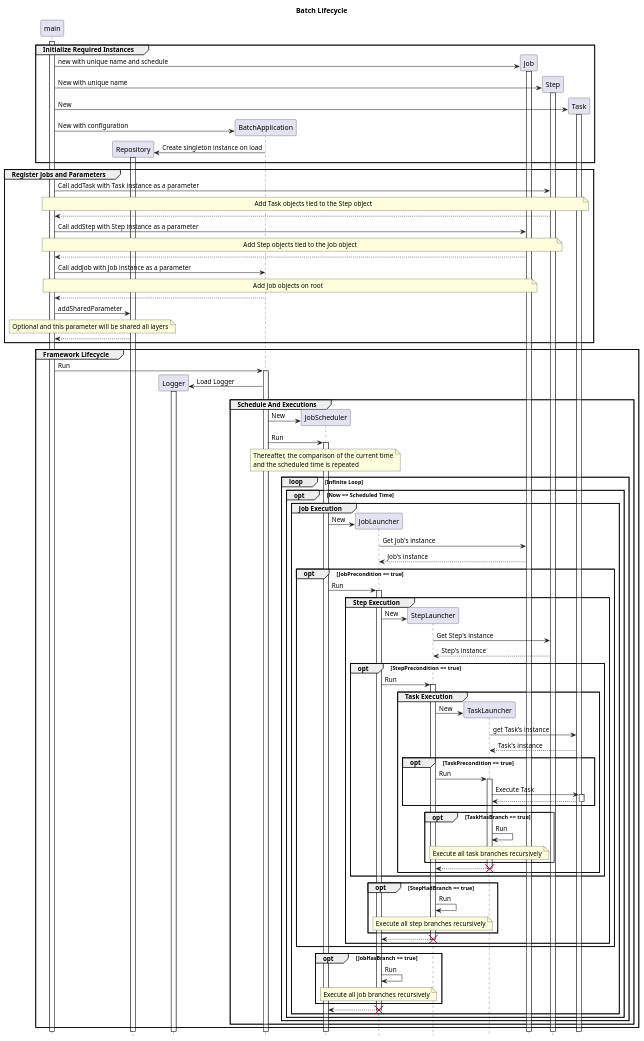
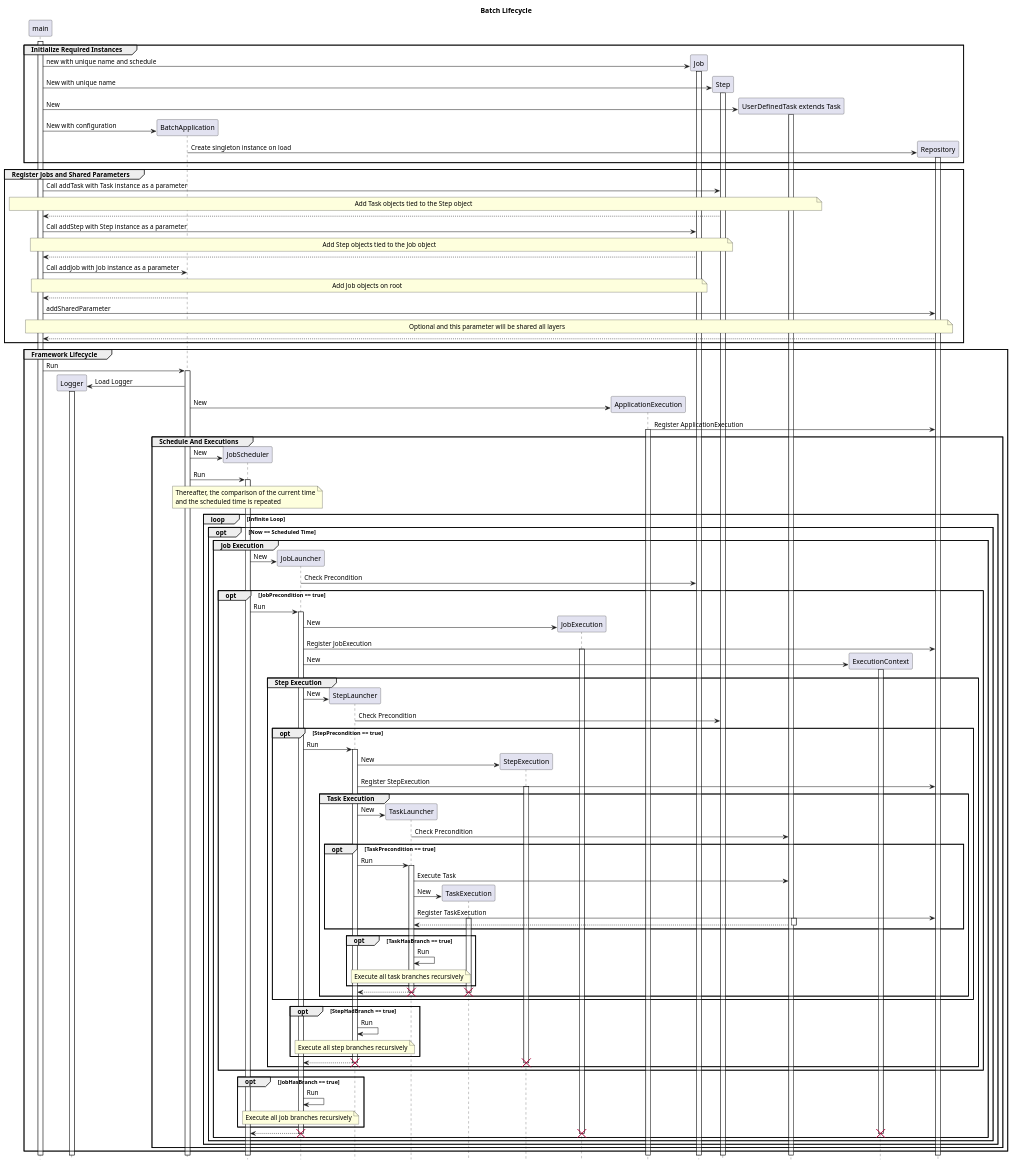
The diagram in design/sequence.pu (runchise/batch.dart), drawn with PlantUML before and after one commit.

```diff
--- a/design/sequence.pu
+++ b/design/sequence.pu
@@ -1,148 +1,183 @@
 @startuml Batch Lifecycle
 title Batch Lifecycle
 
 hide footbox
 participant main
-participant Repository
 participant Logger
 participant BatchApplication
 participant JobScheduler
 participant JobLauncher
 participant StepLauncher
 participant TaskLauncher
+participant TaskExecution
+participant StepExecution
+participant JobExecution
+participant ApplicationExecution
 participant Job
 participant Step
-participant Task
+participant "UserDefinedTask extends Task" as Task
+participant ExecutionContext
+participant Repository
 
 activate main
 
 group Initialize Required Instances
     create Job
     main -> Job: new with unique name and schedule
     activate Job
     create Step
     main -> Step: New with unique name
     activate Step
 
     create Task
     main -> Task: New
     activate Task
 
     create BatchApplication
     main -> BatchApplication: New with configuration
 
     create Repository
     BatchApplication -> Repository: Create singleton instance on load
     activate Repository
 end
 
-group Register Jobs and Parameters
+group Register Jobs and Shared Parameters
     main -> Step: Call addTask with Task instance as a parameter
     note over main, Task: Add Task objects tied to the Step object
     main <-- Step
 
     main -> Job: Call addStep with Step instance as a parameter
     note over main, Step: Add Step objects tied to the Job object
     main <-- Job
 
     main -> BatchApplication: Call addJob with Job instance as a parameter
     note over main, Job: Add Job objects on root
     main <-- BatchApplication
 
     main -> Repository: addSharedParameter
     note over main, Repository: Optional and this parameter will be shared all layers
     main <-- Repository
 end
 
 group Framework Lifecycle
     main -> BatchApplication: Run
     activate BatchApplication
 
     create Logger
     BatchApplication -> Logger: Load Logger
     activate Logger
 
+    create ApplicationExecution
+    BatchApplication -> ApplicationExecution: New
+    ApplicationExecution -> Repository: Register ApplicationExecution
+    activate ApplicationExecution
+
     group Schedule And Executions
         create JobScheduler
         BatchApplication -> JobScheduler: New
         BatchApplication -> JobScheduler: Run
         activate JobScheduler
 
         note over JobScheduler
             Thereafter, the comparison of the current time
             and the scheduled time is repeated
         end note
 
         loop Infinite Loop
             opt Now == Scheduled Time
                 group Job Execution
                     create JobLauncher
                     JobScheduler -> JobLauncher: New
-                    JobLauncher -> Job: Get Job's instance
-                    JobLauncher <-- Job: Job's instance
+                    JobLauncher -> Job: Check Precondition
 
                     opt JobPrecondition == true
                         JobScheduler -> JobLauncher: Run
+                        activate JobLauncher
 
-                        activate JobLauncher
+                        create JobExecution
+                        JobLauncher -> JobExecution: New
+                        JobLauncher -> Repository: Register JobExecution
+                        activate JobExecution
+
+                        create ExecutionContext
+                        JobLauncher -> ExecutionContext: New
+                        activate ExecutionContext
 
                         group Step Execution
                             create StepLauncher
                             JobLauncher -> StepLauncher: New
-                            StepLauncher -> Step: Get Step's instance
-                            StepLauncher <-- Step: Step's instance
+                            StepLauncher -> Step: Check Precondition
 
                             opt StepPrecondition == true
                                 JobLauncher -> StepLauncher: Run
                                 activate StepLauncher
 
+                                create StepExecution
+                                StepLauncher -> StepExecution: New
+                                StepLauncher -> Repository: Register StepExecution
+                                activate StepExecution
+
                                 group Task Execution
                                     create TaskLauncher
                                     StepLauncher -> TaskLauncher: New
-                                    TaskLauncher -> Task: get Task's instance
-                                    TaskLauncher <-- Task: Task's instance
+                                    TaskLauncher -> Task: Check Precondition
 
                                     opt TaskPrecondition == true
                                         StepLauncher -> TaskLauncher: Run
                                         activate TaskLauncher
                                         TaskLauncher -> Task: Execute Task
+
+                                        create TaskExecution
+                                        TaskLauncher -> TaskExecution: New
+                                        TaskLauncher -> Repository: Register TaskExecution
+                                        activate TaskExecution
+
                                         activate Task
                                         TaskLauncher <-- Task
                                         deactivate Task
                                     end
 
                                     opt TaskHasBranch == true
                                         TaskLauncher -> TaskLauncher: Run
                                         note over TaskLauncher: Execute all task branches recursively
                                     end
-                                                                                                        StepLauncher <-- TaskLauncher
+
+                                    StepLauncher <-- TaskLauncher
+                                    deactivate TaskExecution
+                                    destroy TaskExecution
                                     deactivate TaskLauncher
                                     destroy TaskLauncher
                                 end
                             end
 
                             opt StepHadBranch == true
                                 StepLauncher -> StepLauncher: Run
                                 note over StepLauncher: Execute all step branches recursively
                             end
 
                             JobLauncher <-- StepLauncher
+                            deactivate StepExecution
+                            destroy StepExecution
                             deactivate StepLauncher
                             destroy StepLauncher
                         end
                     end
 
                     opt JobHasBranch == true
                         JobLauncher -> JobLauncher: Run
                         note over JobLauncher: Execute all job branches recursively
                     end
 
                     JobScheduler <-- JobLauncher
+                    deactivate JobExecution
+                    destroy JobExecution
+                    deactivate ExecutionContext
+                    destroy ExecutionContext
                     deactivate JobLauncher
                     destroy JobLauncher
                 end
             end
         end
     end
 end
 @enduml
```
